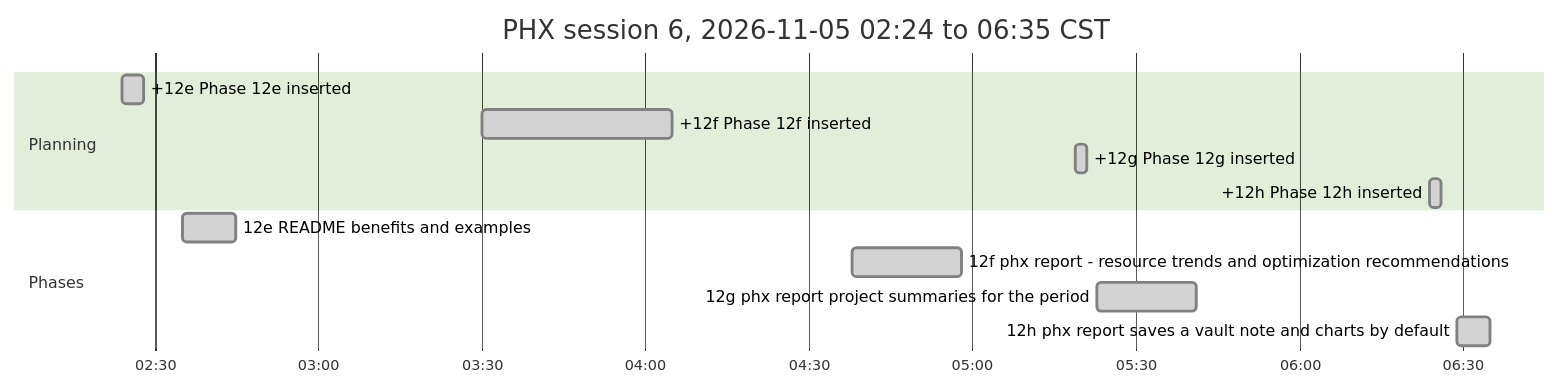
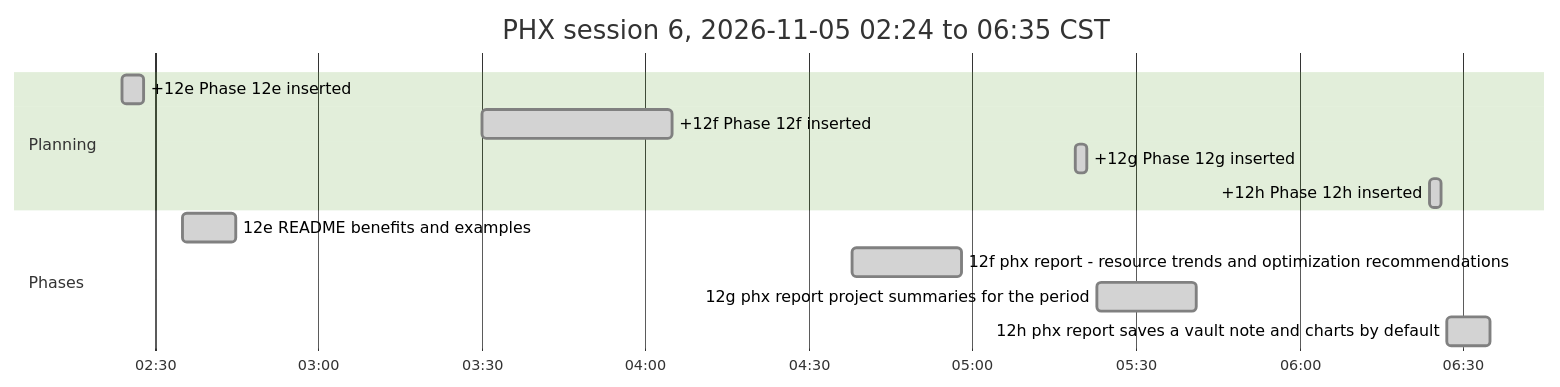
The sixth of 6 diagrams in docs/PHX_FINAL-REPORT.md (antonizick/PhaseHypervisor), drawn with Mermaid (forest theme) before and after one commit. The commit also changed other lines of this file and 2 other files, not shown here.

````diff
--- a/docs/PHX_FINAL-REPORT.md
+++ b/docs/PHX_FINAL-REPORT.md
@@ -162,16 +162,16 @@
 ```mermaid
 gantt
     title PHX session 6, 2026-11-05 02:24 to 06:35 CST
     dateFormat YYYY-MM-DD HH:mm
     axisFormat %H:%M
     section Planning
     +12e Phase 12e inserted :done, plan4, 2026-11-05 02:24, 2026-11-05 02:28
     +12f Phase 12f inserted :done, plan5, 2026-11-05 03:30, 2026-11-05 04:05
     +12g Phase 12g inserted :done, plan6, 2026-11-05 05:19, 2026-11-05 05:21
     +12h Phase 12h inserted :done, plan7, 2026-11-05 06:24, 2026-11-05 06:26
     section Phases
     12e README benefits and examples :done, p12es6, 2026-11-05 02:35, 2026-11-05 02:45
     12f phx report - resource trends and optimization recommendations :done, p12fs6, 2026-11-05 04:38, 2026-11-05 04:58
     12g phx report project summaries for the period :done, p12gs6, 2026-11-05 05:23, 2026-11-05 05:41
-    12h phx report saves a vault note and charts by default :done, p12hs6, 2026-11-05 06:29, 2026-11-05 06:35
+    12h phx report saves a vault note and charts by default :done, p12hs6, 2026-11-05 06:27, 2026-11-05 06:35
 ```
````
